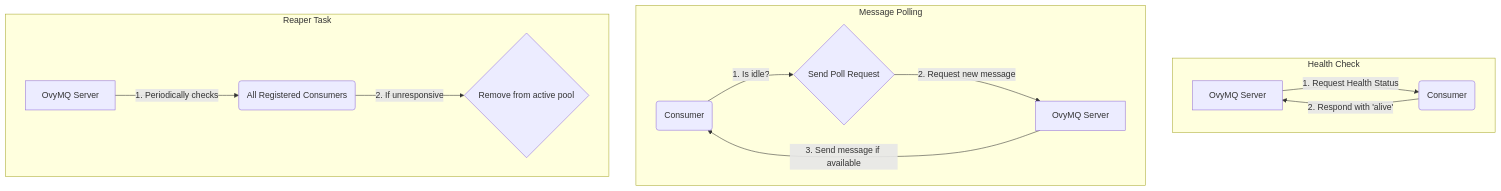
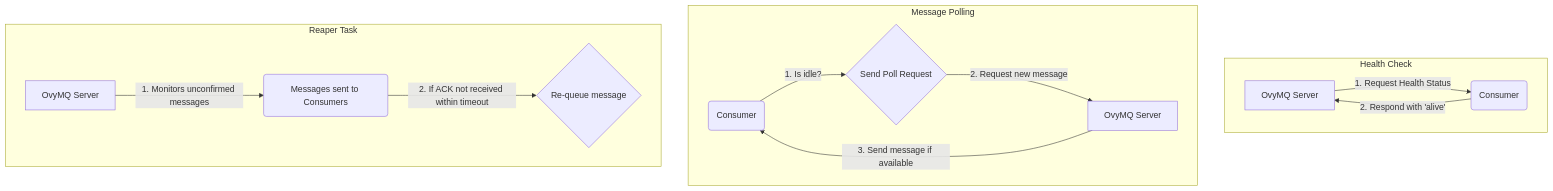
The third of 6 diagrams in README.md (jotabrc/ovy_mq), drawn with Mermaid before and after one commit. The commit also changed other lines of this file and 1 other file, not shown here.

````diff
--- a/README.md
+++ b/README.md
@@ -122,18 +123,18 @@
 ```mermaid
 graph TD
     subgraph Health Check
         A[OvyMQ Server] -- 1. Request Health Status --> B(Consumer);
         B -- 2. Respond with 'alive' --> A;
     end
 
     subgraph Message Polling
         C(Consumer) -- 1. Is idle? --> D{Send Poll Request};
         D -- 2. Request new message --> E[OvyMQ Server];
         E -- 3. Send message if available --> C;
     end
 
     subgraph Reaper Task
-        F[OvyMQ Server] -- 1. Periodically checks --> G(All Registered Consumers);
-        G -- 2. If unresponsive --> H{Remove from active pool};
+        F[OvyMQ Server] -- 1. Monitors unconfirmed messages --> G(Messages sent to Consumers);
+        G -- 2. If ACK not received within timeout --> H{Re-queue message};
     end
 ```
````
